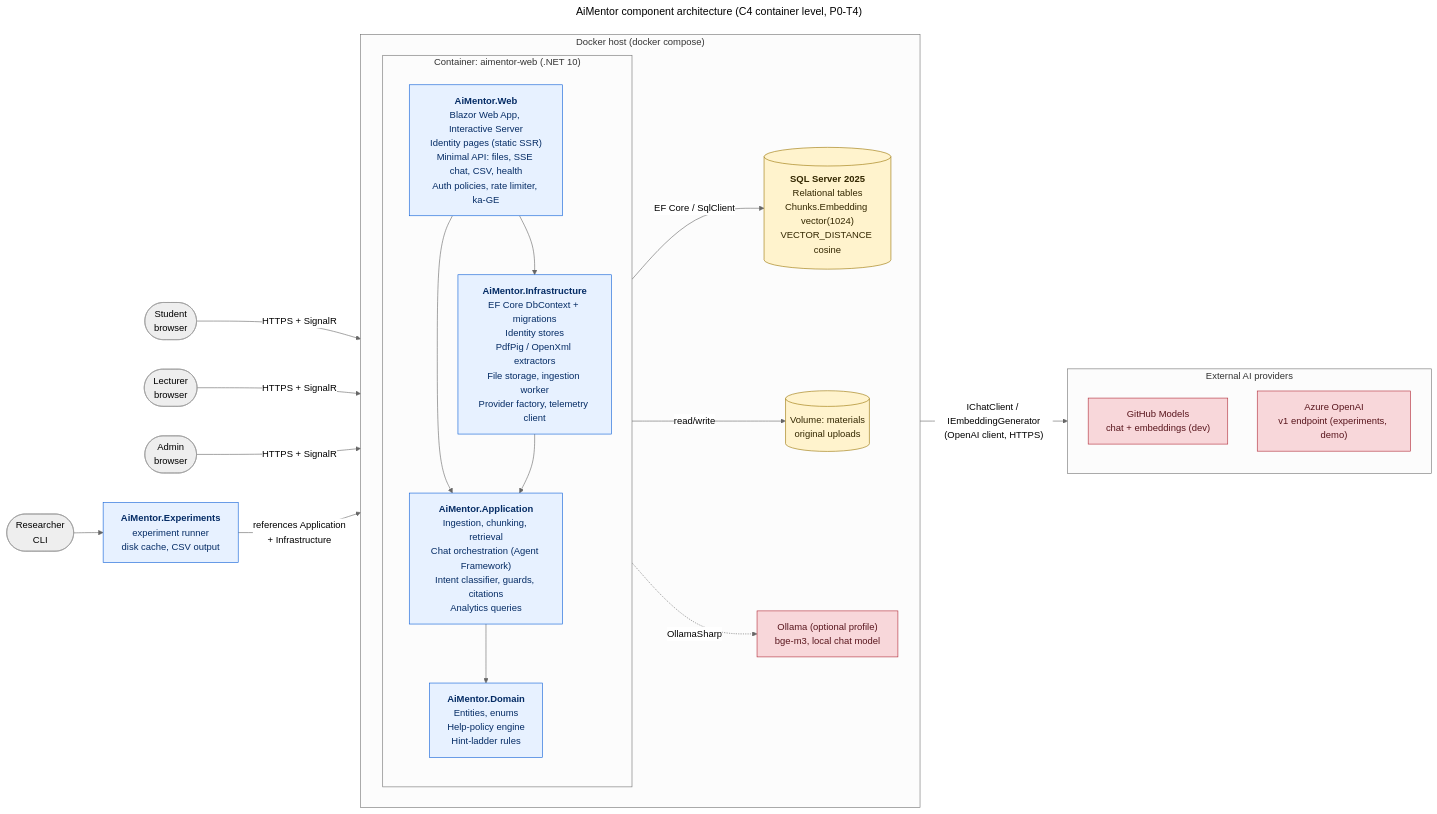
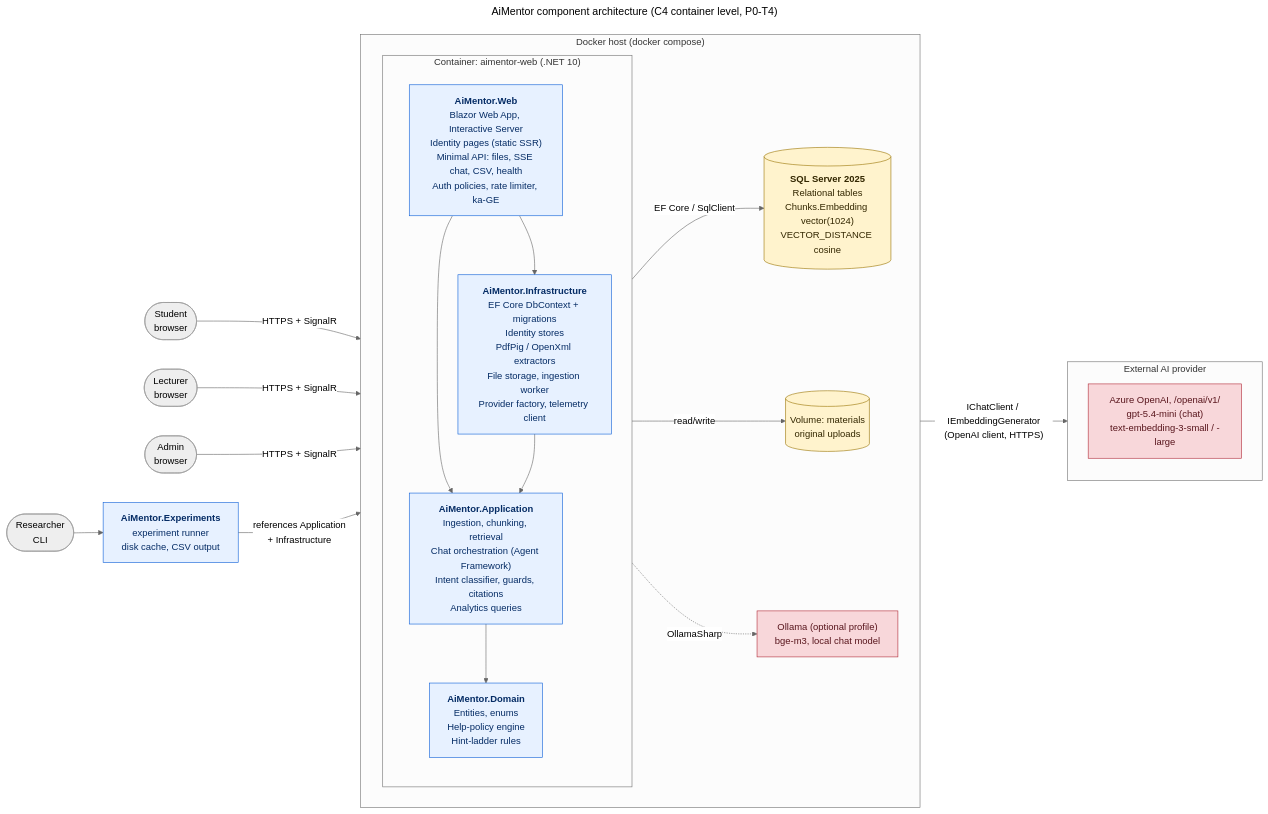
One commit to bekammo/AiMentor changed the diagram in docs/diagrams/architecture-components.mmd. Above: the diagram before and after it, drawn with Mermaid (neutral theme). The commit also changed 7 other files, not shown here.

First line of the commit message:
Switch hosted AI provider to Azure OpenAI (D11)

```diff
--- a/docs/diagrams/architecture-components.mmd
+++ b/docs/diagrams/architecture-components.mmd
@@ -1,52 +1,51 @@
 ---
 title: AiMentor component architecture (C4 container level, P0-T4)
 ---
 flowchart LR
     student(["Student<br/>browser"])
     lecturer(["Lecturer<br/>browser"])
     admin(["Admin<br/>browser"])
     researcher(["Researcher<br/>CLI"])
 
     subgraph host["Docker host (docker compose)"]
         direction LR
         subgraph webc["Container: aimentor-web (.NET 10)"]
             direction TB
             web["<b>AiMentor.Web</b><br/>Blazor Web App, Interactive Server<br/>Identity pages (static SSR)<br/>Minimal API: files, SSE chat, CSV, health<br/>Auth policies, rate limiter, ka-GE"]
             infra["<b>AiMentor.Infrastructure</b><br/>EF Core DbContext + migrations<br/>Identity stores<br/>PdfPig / OpenXml extractors<br/>File storage, ingestion worker<br/>Provider factory, telemetry client"]
             app["<b>AiMentor.Application</b><br/>Ingestion, chunking, retrieval<br/>Chat orchestration (Agent Framework)<br/>Intent classifier, guards, citations<br/>Analytics queries"]
             domain["<b>AiMentor.Domain</b><br/>Entities, enums<br/>Help-policy engine<br/>Hint-ladder rules"]
             web --> infra
             web --> app
             infra --> app
             app --> domain
         end
         sql[("<b>SQL Server 2025</b><br/>Relational tables<br/>Chunks.Embedding vector(1024)<br/>VECTOR_DISTANCE cosine")]
         files[("Volume: materials<br/>original uploads")]
         ollama["Ollama (optional profile)<br/>bge-m3, local chat model"]
     end
 
     exp["<b>AiMentor.Experiments</b><br/>experiment runner<br/>disk cache, CSV output"]
 
-    subgraph ext["External AI providers"]
-        gh["GitHub Models<br/>chat + embeddings (dev)"]
-        aoai["Azure OpenAI<br/>v1 endpoint (experiments, demo)"]
+    subgraph ext["External AI provider"]
+        aoai["Azure OpenAI, /openai/v1/<br/>gpt-5.4-mini (chat)<br/>text-embedding-3-small / -large"]
     end
 
     student -- "HTTPS + SignalR" --> web
     lecturer -- "HTTPS + SignalR" --> web
     admin -- "HTTPS + SignalR" --> web
     researcher --> exp
 
     infra -- "EF Core / SqlClient" --> sql
     infra -- "read/write" --> files
     infra -- "IChatClient / IEmbeddingGenerator<br/>(OpenAI client, HTTPS)" --> ext
     infra -. "OllamaSharp" .-> ollama
 
     exp -- "references Application<br/>+ Infrastructure" --> infra
 
     classDef layer fill:#e7f1ff,stroke:#0b5ed7,color:#052c65
     classDef store fill:#fff3cd,stroke:#997404,color:#332701
     classDef external fill:#f8d7da,stroke:#b02a37,color:#58151c
     class web,infra,app,domain,exp layer
     class sql,files store
-    class gh,aoai,ollama external
+    class aoai,ollama external
```
